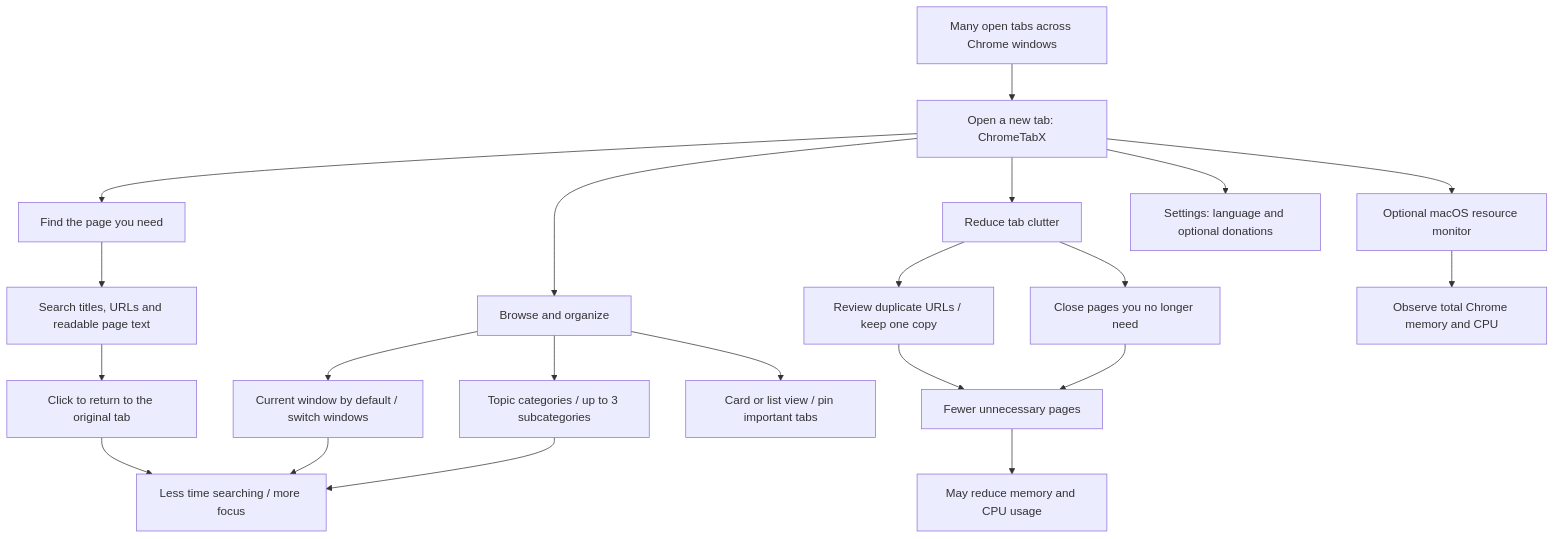
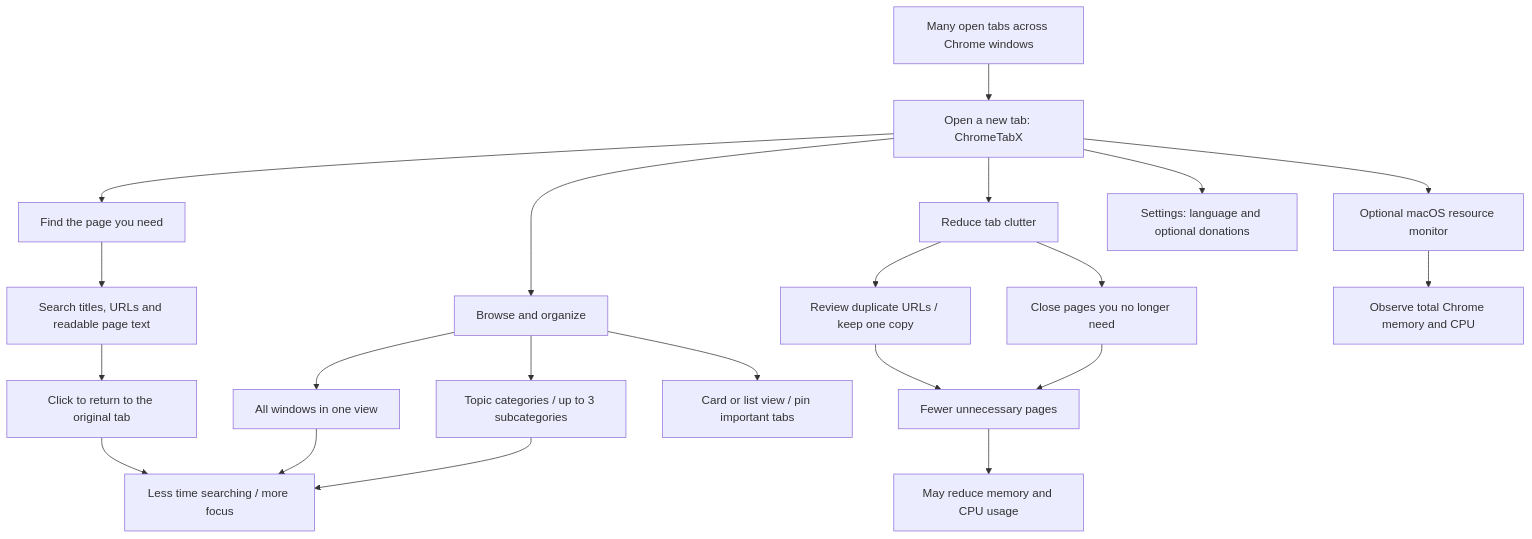
One commit to anzai3/ChromeTabX changed the diagram in README.md. Above: the diagram before and after it, drawn with Mermaid. The commit also changed other lines of this file and 8 other files, not shown here.

Commit message:
Remove window selector and show all windows by default

````diff
--- a/README.md
+++ b/README.md
@@ -21,23 +21,23 @@
 ```mermaid
 flowchart TD
     A[Many open tabs across Chrome windows] --> B[Open a new tab: ChromeTabX]
     B --> C[Find the page you need]
     B --> D[Browse and organize]
     B --> E[Reduce tab clutter]
     C --> C1[Search titles, URLs and readable page text]
     C1 --> C2[Click to return to the original tab]
-    D --> D1[Current window by default / switch windows]
+    D --> D1[All windows in one view]
     D --> D2[Topic categories / up to 3 subcategories]
     D --> D3[Card or list view / pin important tabs]
     E --> E1[Review duplicate URLs / keep one copy]
     E --> E2[Close pages you no longer need]
     C2 --> F[Less time searching / more focus]
     D1 --> F
     D2 --> F
     E1 --> G[Fewer unnecessary pages]
     E2 --> G
     G --> H[May reduce memory and CPU usage]
     B --> I[Optional macOS resource monitor]
     I --> J[Observe total Chrome memory and CPU]
     B --> K[Settings: language and optional donations]
 ```
````
